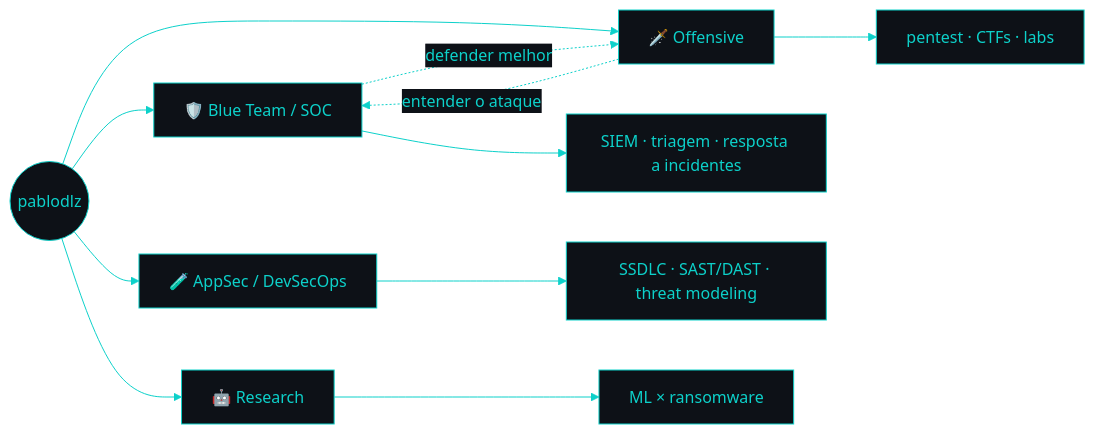
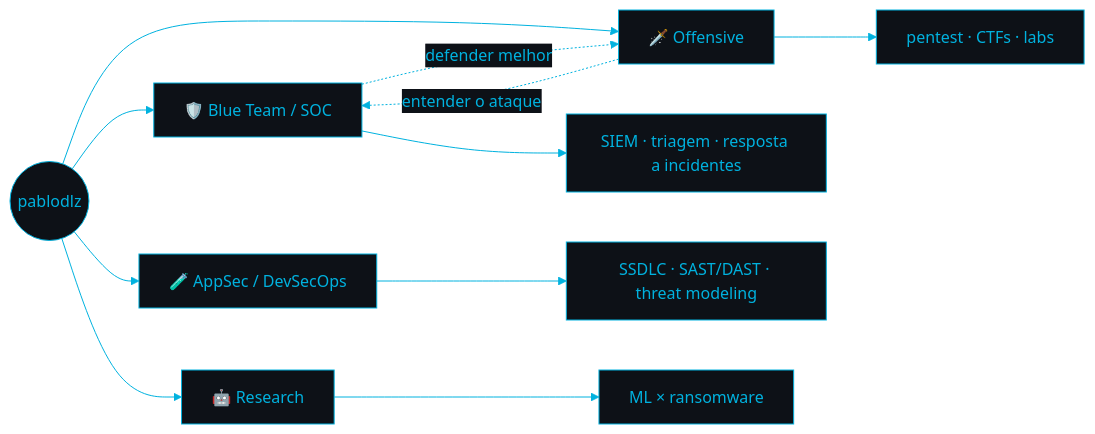
The diagram in README.md (pablodlz/pablodlz), drawn with Mermaid before and after one commit. The commit also changed other lines of this file and 3 other files, not shown here.

Commit message:
cor principal do perfil: teal #0DD1CA -> azul #00B2DF (README, b1t, cobrinha, mermaid, spec)

````diff
--- a/README.md
+++ b/README.md
@@ -62,14 +62,14 @@
 ```mermaid
-%%{init: {'theme':'base','themeVariables':{'primaryColor':'#0d1117','primaryTextColor':'#0DD1CA','primaryBorderColor':'#0DD1CA','lineColor':'#0DD1CA','secondaryColor':'#0d1117','tertiaryColor':'#0d1117','fontFamily':'monospace'}}}%%
+%%{init: {'theme':'base','themeVariables':{'primaryColor':'#0d1117','primaryTextColor':'#00B2DF','primaryBorderColor':'#00B2DF','lineColor':'#00B2DF','secondaryColor':'#0d1117','tertiaryColor':'#0d1117','fontFamily':'monospace'}}}%%
 flowchart LR
   P(("pablodlz")) --> B["🛡️ Blue Team / SOC"]
   P --> R["🗡️ Offensive"]
   P --> A["🧪 AppSec / DevSecOps"]
   P --> M["🤖 Research"]
   B --> B1["SIEM · triagem · resposta a incidentes"]
   R --> R1["pentest · CTFs · labs"]
   A --> A1["SSDLC · SAST/DAST · threat modeling"]
   M --> M1["ML × ransomware"]
   R -. "entender o ataque" .-> B
   B -. "defender melhor" .-> R
 ```
````
